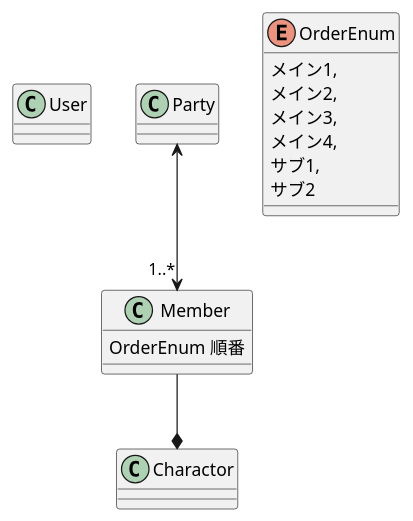
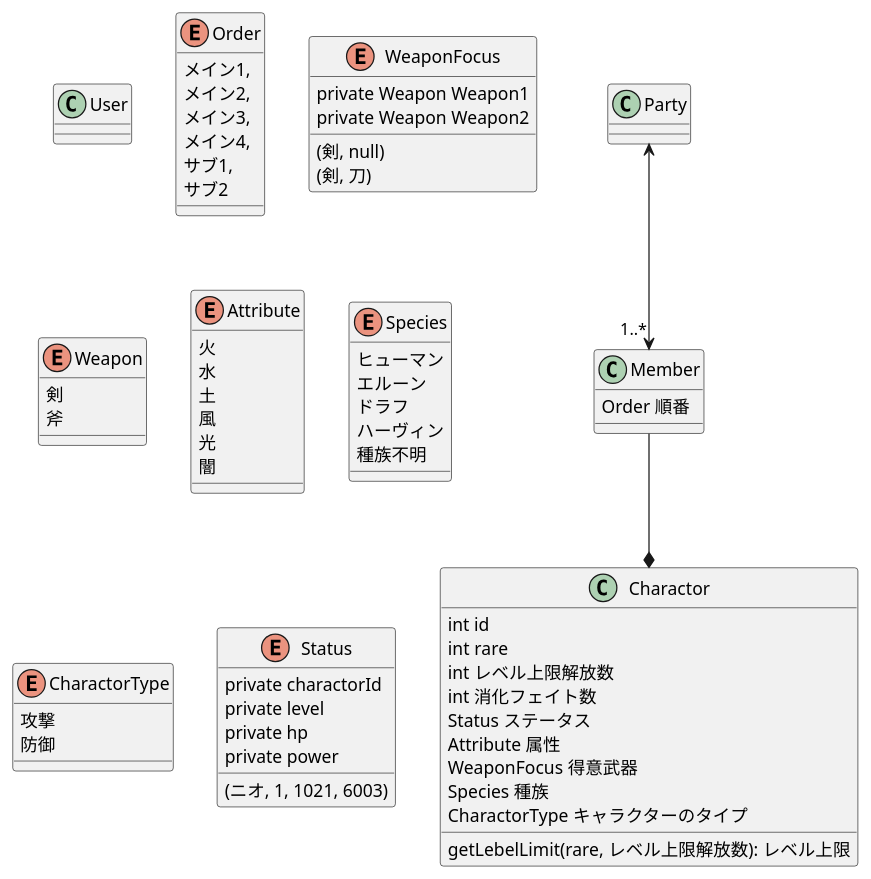
The diagram in model/granblueFantasy.puml (hirotoKirimaru/TIL), drawn with PlantUML before and after one commit.

Commit message:
[Add] キャラに特化してモデリング

```diff
--- a/model/granblueFantasy.puml
+++ b/model/granblueFantasy.puml
@@ -1,26 +1,81 @@
 @startuml
 class User {
 }
 
 Party <-->"1..*" Member
 Member --* Charactor
 
 class Party{
 }
 
 class Member{
-OrderEnum 順番
+Order 順番
 }
 
-enum OrderEnum{
+enum Order{
 メイン1,
 メイン2,
 メイン3,
 メイン4,
 サブ1,
 サブ2
 }
 
 class Charactor{
+int id
+int rare
+int レベル上限解放数
+int 消化フェイト数
+Status ステータス
+Attribute 属性
+WeaponFocus 得意武器
+Species 種族
+CharactorType キャラクターのタイプ
+
+getLebelLimit(rare, レベル上限解放数): レベル上限
+}
+
+enum WeaponFocus{
+private Weapon Weapon1
+private Weapon Weapon2
+(剣, null)
+(剣, 刀)
+}
+
+enum Weapon{
+剣
+斧
+}
+
+
+enum Attribute{
+火
+水
+土
+風
+光
+闇
+}
+enum Species{
+ヒューマン
+エルーン
+ドラフ
+ハーヴィン
+種族不明
+}
+
+enum CharactorType{
+攻撃
+防御
+}
+
+enum Status{
+ (ニオ, 1, 1021, 6003)
+
+ private charactorId
+ private level
+ private hp
+ private power
+
 }
 @enduml
```
